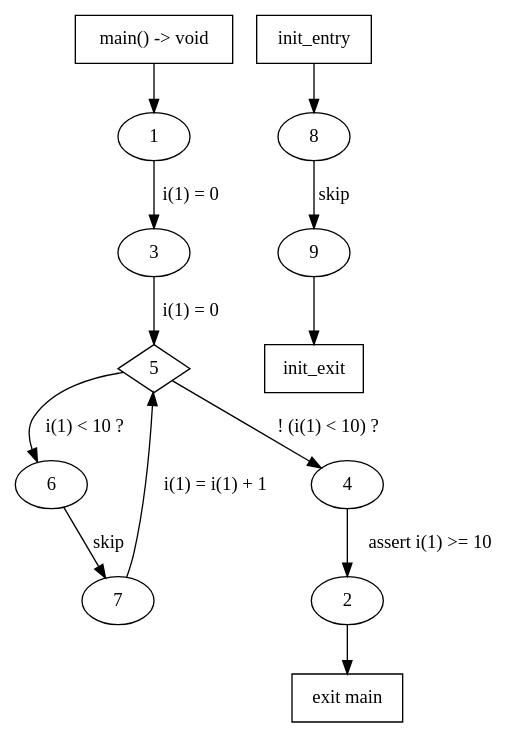
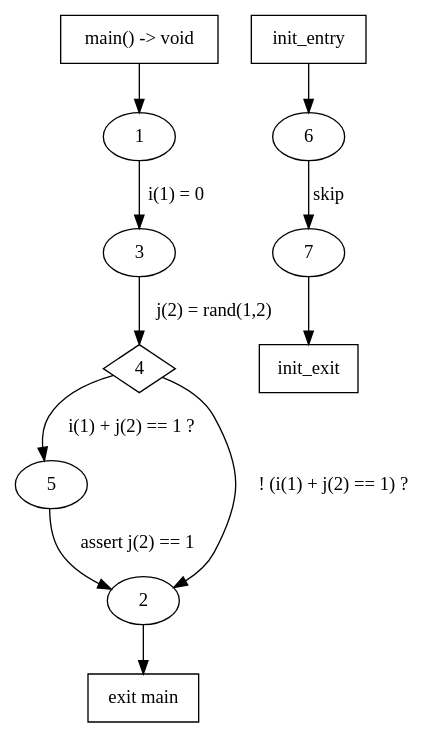
Before and after one commit to JeanCASPAR/semverif: the diagram in cfg.dot, drawn with Graphviz. The commit also changed 2 other files, not shown here.

```diff
--- a/cfg.dot
+++ b/cfg.dot
@@ -1,18 +1,16 @@
 digraph CFG {
  1 -> 3 [label="i(1) = 0"];
- 3 -> 5 [label="i(1) = 0"];
- 5 -> 6 [label="i(1) < 10 ?"];
- 5 -> 4 [label="! (i(1) < 10) ?"];
- 7 -> 5 [label="i(1) = i(1) + 1"];
+ 3 -> 4 [label="j(2) = rand(1,2)"];
+ 4 -> 5 [label="i(1) + j(2) == 1 ?"];
+ 4 -> 2 [label="! (i(1) + j(2) == 1) ?"];
+ 5 -> 2 [label="assert j(2) == 1"];
  6 -> 7 [label="skip"];
- 4 -> 2 [label="assert i(1) >= 10"];
- 8 -> 9 [label="skip"];
-  5 [shape=diamond];  entry_main [shape=box,label="main() -> void"];
+  4 [shape=diamond];  entry_main [shape=box,label="main() -> void"];
   exit_main [shape=box,label="exit main"];
   entry_main -> 1;
   2 -> exit_main;
   init_entry [shape=box];
   init_exit [shape=box];
-  init_entry -> 8;
-  9 -> init_exit;
+  init_entry -> 6;
+  7 -> init_exit;
 }
```
